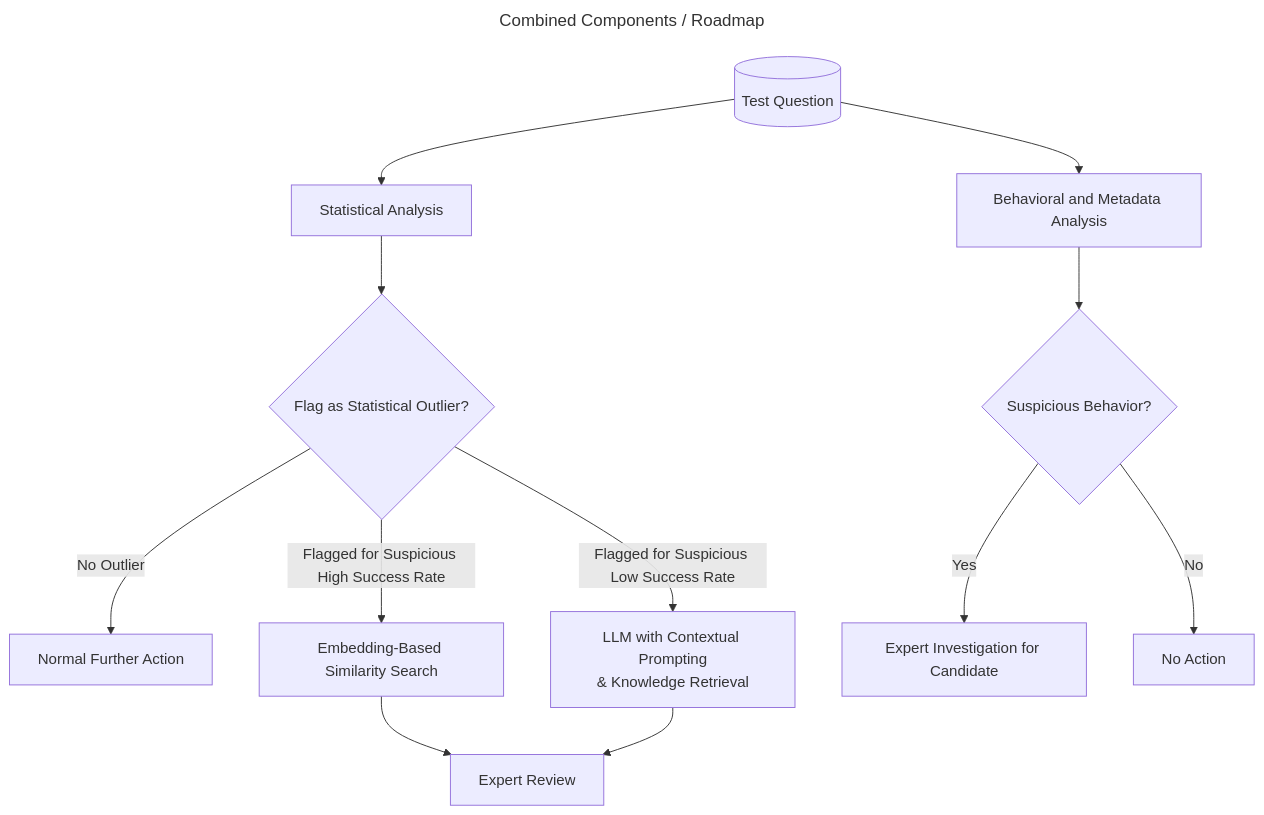
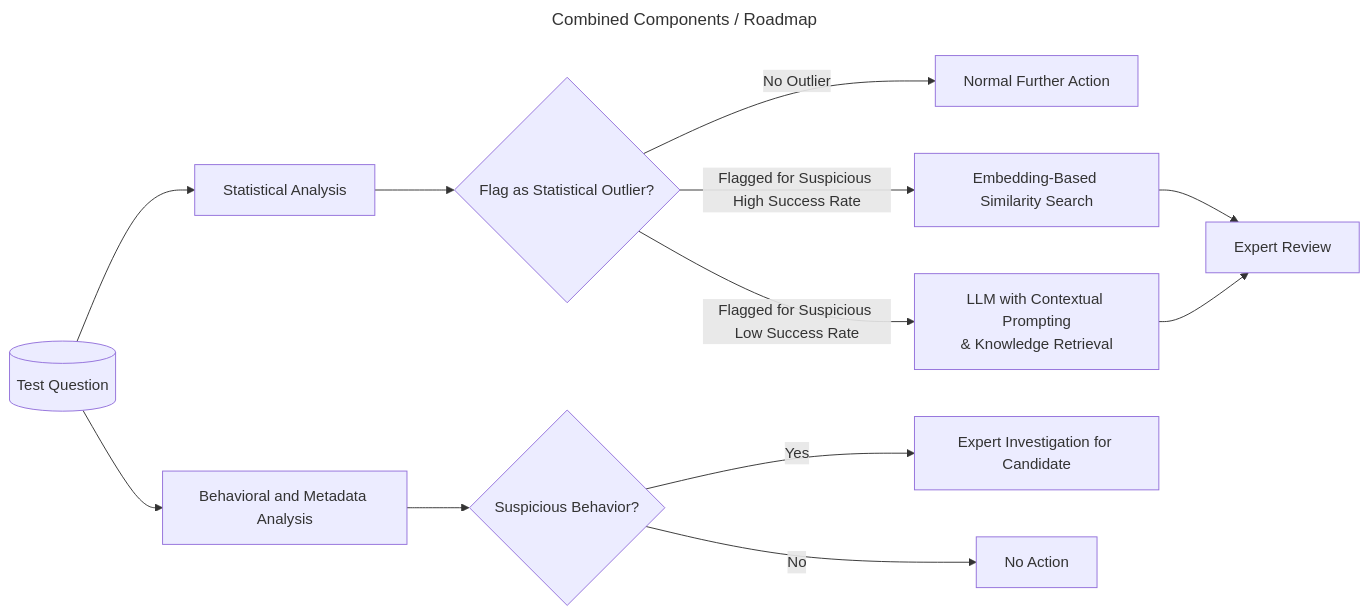
One commit to joaomo/Certify-Architecture-Kata changed the third of 6 diagrams in ADRs/004_adr_test_result_analysis_and_reporting.md. Above: the diagram before and after it, drawn with Mermaid. The commit also changed other lines of this file, not shown here.

````diff
--- a/ADRs/004_adr_test_result_analysis_and_reporting.md
+++ b/ADRs/004_adr_test_result_analysis_and_reporting.md
@@ -172,36 +181,36 @@
 ```mermaid
 ---
 title: "Combined Components / Roadmap"
 ---
-flowchart TD
+flowchart LR
     %% INITIAL PHASE
     A[(Test Question)]
     A --> B["Statistical Analysis"]
     B --> C{Flag as Statistical Outlier?}
 
     C -- No Outlier --> D["Normal Further Action"]
 
     C -- Flagged for Suspicious High Success Rate --> E["Embedding-Based Similarity Search"]
     E --> F["Expert Review"]
 
     C -- Flagged for Suspicious Low Success Rate --> G["LLM with Contextual Prompting<br>& Knowledge Retrieval"]
     G --> F
 
     %% INDEPENDENT BEHAVIORAL ANALYSIS
     A --> I["Behavioral and Metadata Analysis"]
     I --> J{"Suspicious Behavior?"}
     J -- Yes --> K["Expert Investigation for Candidate"]
     J -- No --> L["No Action"]
 
     %% LATER PHASE: PROACTIVE CHECKING
     %%D --> M["Proactive Checks:<br>Embedding-Based Similarity Search &<br>LLM with Contextual Prompting"]
     %%M --> F
     %%M --> H
 
     %% Legend/Annotations (optional)
     %% The diagram shows that initially, statistical analysis identifies outliers.
     %% Questions flagged with high success rates go to leak detection via the embedding-based branch,
     %% while those with low success rates are evaluated for outdated content via the LLM branch.
     %% Independently, behavioral and metadata analysis detects potential candidate fraud.
     %% Later on, proactive checks are applied without relying solely on statistical analysis.
 ```
````
